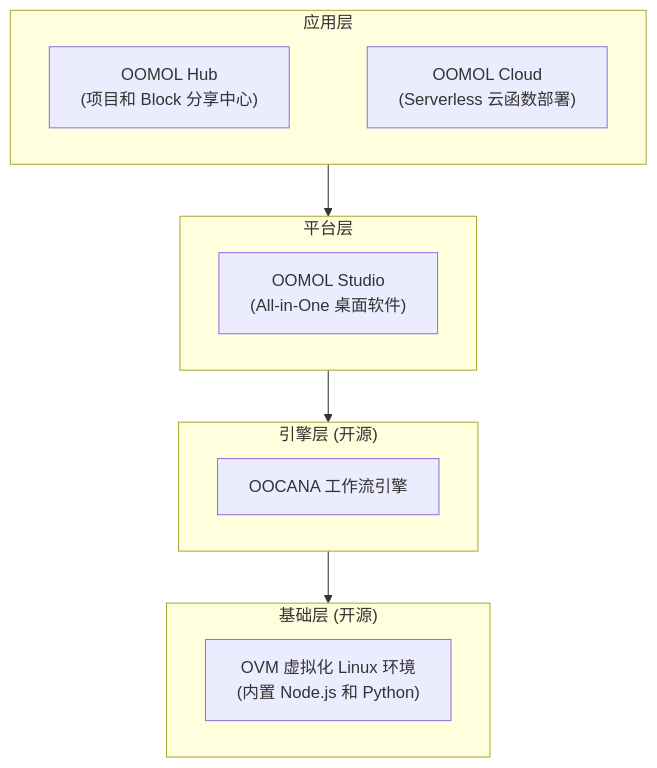
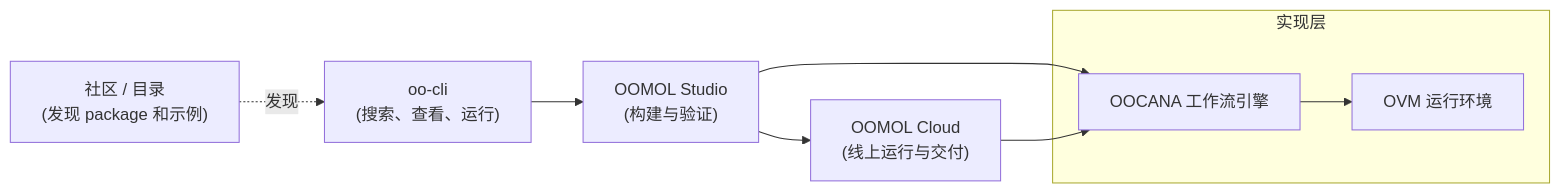
Before and after one commit to oomol/oomol.com: the diagram in i18n/zh-CN/docusaurus-plugin-content-docs/current/overview.mdx, drawn with Mermaid. The commit also changed other lines of this file and 77 other files, not shown here.

First line of the commit message:
[codex] Publish pending CLI, docs, and OOMOL AI site updates (#310)

````diff
--- a/i18n/zh-CN/docusaurus-plugin-content-docs/current/overview.mdx
+++ b/i18n/zh-CN/docusaurus-plugin-content-docs/current/overview.mdx
@@ -67,22 +79,15 @@
 ```mermaid
-graph TB
-    subgraph Layer4["应用层"]
-        Hub["OOMOL Hub<br/>(项目和 Block 分享中心)"] ~~~ Cloud["OOMOL Cloud<br/>(Serverless 云函数部署)"]
+graph LR
+    Community["社区 / 目录<br/>(发现 package 和示例)"] -. 发现 .-> CLI["oo-cli<br/>(搜索、查看、运行)"]
+    CLI --> Studio["OOMOL Studio<br/>(构建与验证)"]
+    Studio --> Cloud["OOMOL Cloud<br/>(线上运行与交付)"]
+
+    subgraph Foundation["实现层"]
+        OOCANA["OOCANA 工作流引擎"]
+        OVM["OVM 运行环境"]
     end
 
-    subgraph Layer3["平台层"]
-        Studio["OOMOL Studio<br/>(All-in-One 桌面软件)"]
-    end
-
-    subgraph Layer2["引擎层 (开源)"]
-        Oocana["OOCANA 工作流引擎"]
-    end
-
-    subgraph Layer1["基础层 (开源)"]
-        OVM["OVM 虚拟化 Linux 环境<br/>(内置 Node.js 和 Python)"]
-    end
-
-    Layer4 --> Layer3
-    Layer3 --> Layer2
-    Layer2 --> Layer1
+    Studio --> OOCANA
+    Cloud --> OOCANA
+    OOCANA --> OVM
 ```
````
